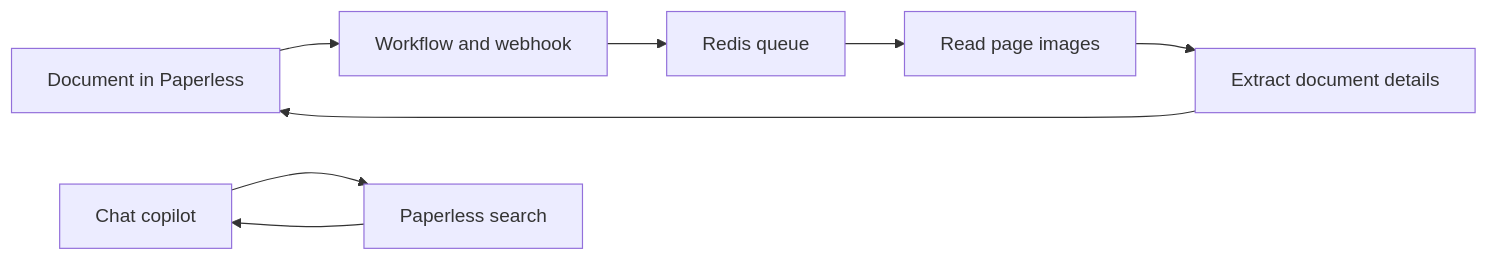
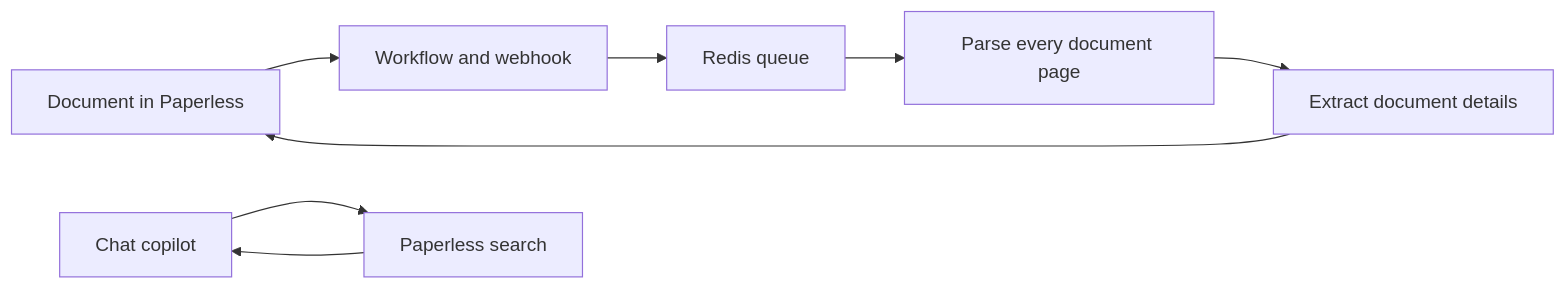
Before and after one commit to Enucatl/docker-paperless-ai: the diagram in README.md, drawn with Mermaid. The commit also changed other lines of this file and 25 other files, not shown here.

````diff
--- a/README.md
+++ b/README.md
@@ -11,10 +11,10 @@
 ```mermaid
 flowchart LR
     A[Document in Paperless] --> B[Workflow and webhook]
     B --> C[Redis queue]
-    C --> D[Read page images]
+    C --> D[Parse every document page]
     D --> E[Extract document details]
     E --> A
     F[Chat copilot] --> G[Paperless search]
     G --> F
 ```
````
